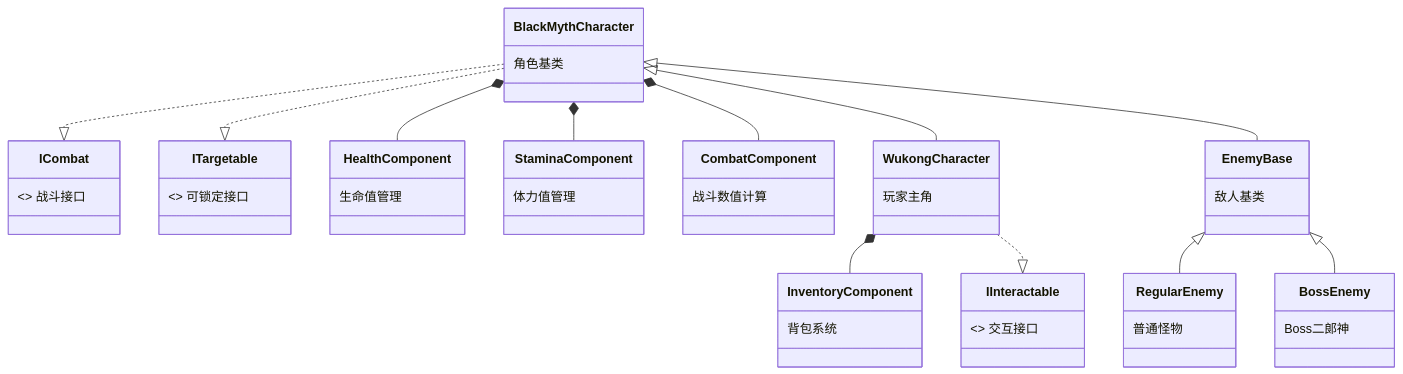
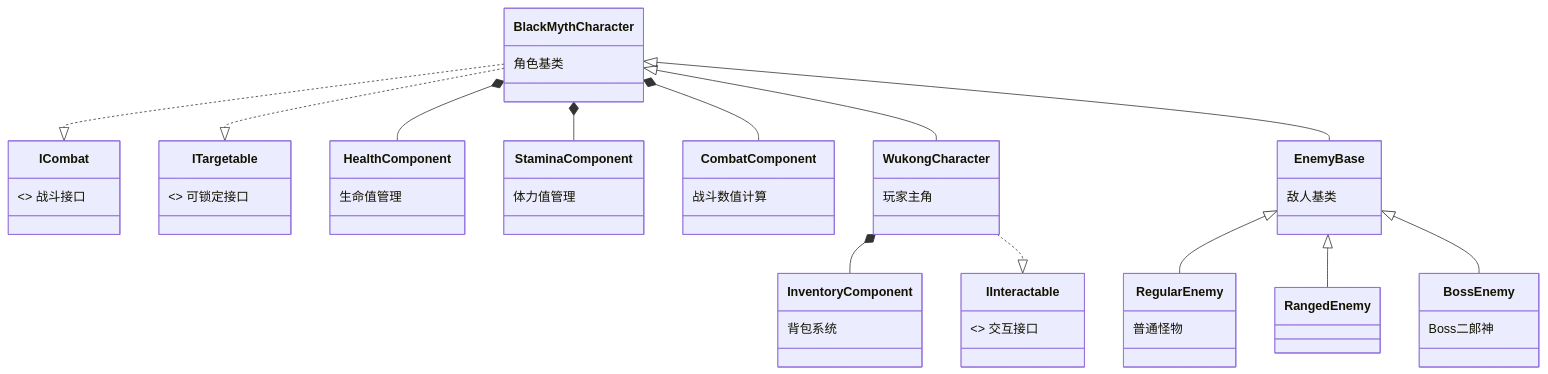
Before and after one commit to wendaining/BlackMyth_Wukong: the diagram in docs/ProjectDoc.md, drawn with Mermaid. The commit also changed other lines of this file, not shown here.

First line of the commit message:
[docs] Revise enemy and boss mechanics in documentation

````diff
--- a/docs/ProjectDoc.md
+++ b/docs/ProjectDoc.md
@@ -70,37 +71,38 @@
 ```mermaid
 classDiagram
     direction TB
     
     %% 接口定义
     class ICombat { <<Interface>> 战斗接口 }
     class ITargetable { <<Interface>> 可锁定接口 }
     class IInteractable { <<Interface>> 交互接口 }
 
     %% 核心组件
     class HealthComponent { 生命值管理 }
     class StaminaComponent { 体力值管理 }
     class CombatComponent { 战斗数值计算 }
     class InventoryComponent { 背包系统 }
 
     %% 角色继承体系
     class BlackMythCharacter { 角色基类 }
     class WukongCharacter { 玩家主角 }
     class EnemyBase { 敌人基类 }
     class RegularEnemy { 普通怪物 }
     class BossEnemy { Boss二郎神 }
 
     %% 关系连接
     BlackMythCharacter <|-- WukongCharacter
     BlackMythCharacter <|-- EnemyBase
     EnemyBase <|-- RegularEnemy
+    EnemyBase <|-- RangedEnemy
     EnemyBase <|-- BossEnemy
 
     BlackMythCharacter *-- HealthComponent
     BlackMythCharacter *-- StaminaComponent
     BlackMythCharacter *-- CombatComponent
     WukongCharacter *-- InventoryComponent
 
     BlackMythCharacter ..|> ICombat
     BlackMythCharacter ..|> ITargetable
     WukongCharacter ..|> IInteractable
 ```
````
